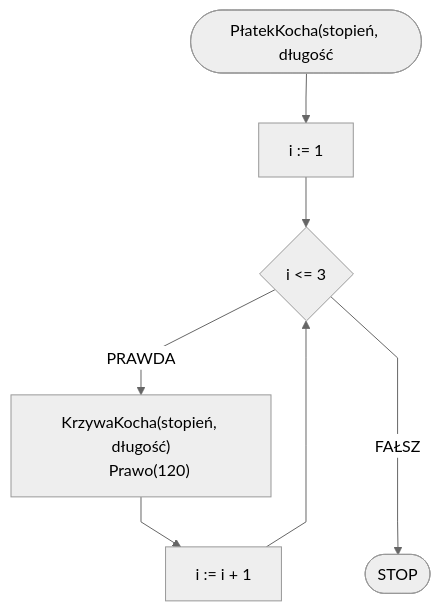
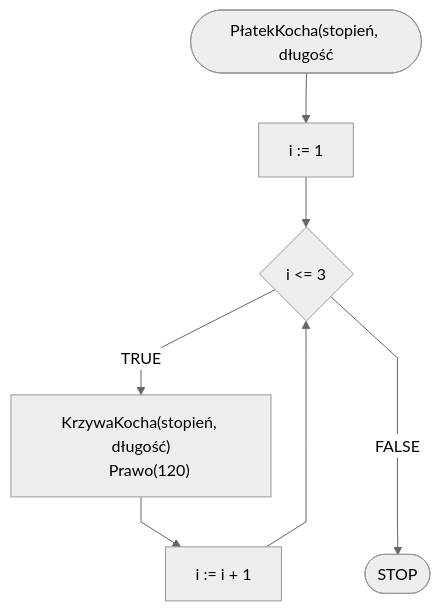
Before and after one commit to blackbat13/edu-cs-htiew-en: the second of 2 diagrams in docs/algorithms/fractals/koch-snowflake.md, drawn with Mermaid. The commit also changed other lines of this file and 682 other files, not shown here.

````diff
--- a/docs/algorithms/fractals/koch-snowflake.md
+++ b/docs/algorithms/fractals/koch-snowflake.md
@@ -59,11 +59,11 @@
 ```mermaid
 %%{init: {"flowchart": {"curve": "linear"}, "theme": "neutral"} }%%
 flowchart TD
     START(["PłatekKocha(stopień, długość"]) --> K0[i := 1]
     K0 --> K1{i <= 3}
-    K1 -- PRAWDA --> K2["KrzywaKocha(stopień, długość)
+    K1 -- TRUE --> K2["KrzywaKocha(stopień, długość)
     Prawo(120)"]
     K2 --> K1i[i := i + 1]
     K1i --> K1
-    K1 -- FAŁSZ ---> STOP([STOP])
+    K1 -- FALSE ---> STOP([STOP])
 ```
````
